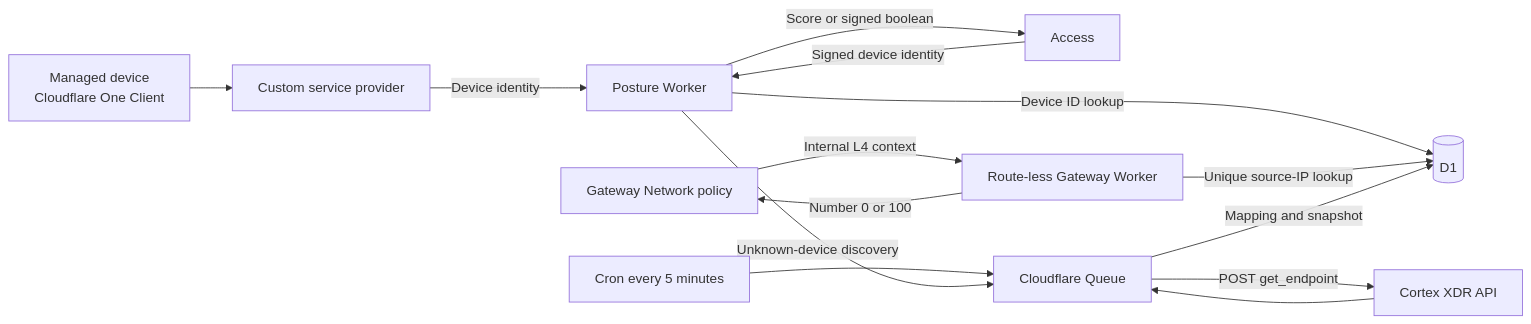
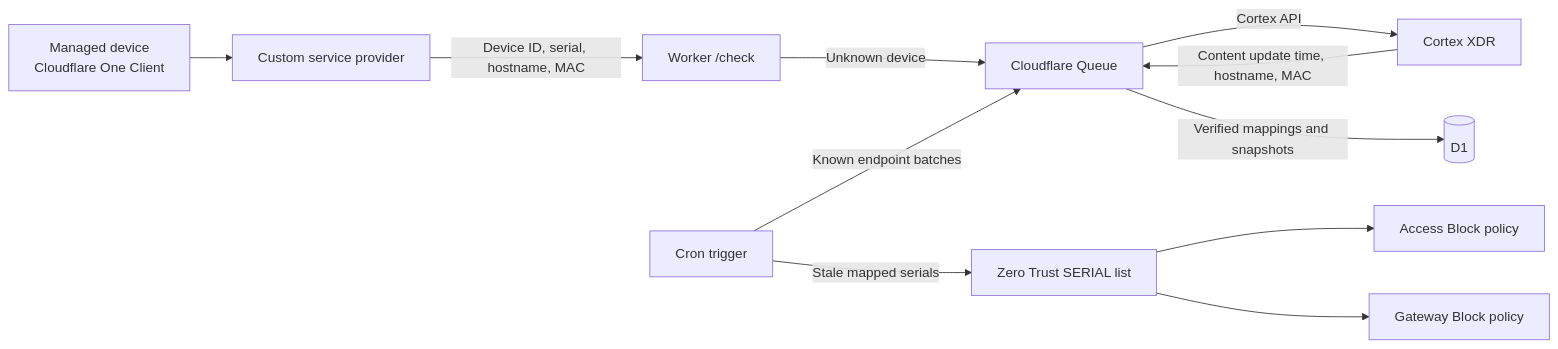
Before and after one commit to pongpisit/cloudflare-cortex-posture-worker: the diagram in README.md, drawn with Mermaid. The commit also changed other lines of this file and 24 other files, not shown here.

Commit message:
Replace posture adapters with serial denylist

````diff
--- a/README.md
+++ b/README.md
@@ -18,16 +32,13 @@
 ```mermaid
 flowchart LR
-  D[Managed device<br/>Cloudflare One Client] --> CF[Custom service provider]
-  CF -->|Device identity| W[Posture Worker]
-  A[Access] -->|Signed device identity| W
-  G[Gateway Network policy] -->|Internal L4 context| GW[Route-less Gateway Worker]
-  W -->|Device ID lookup| DB[(D1)]
-  GW -->|Unique source-IP lookup| DB
-  W -->|Score or signed boolean| A
-  GW -->|Number 0 or 100| G
-  CRON[Cron every 5 minutes] --> Q[Cloudflare Queue]
-  W -->|Unknown-device discovery| Q
-  Q -->|POST get_endpoint| X[Cortex XDR API]
-  X --> Q
-  Q -->|Mapping and snapshot| DB
+  D[Managed device<br/>Cloudflare One Client] --> CP[Custom service provider]
+  CP -->|Device ID, serial, hostname, MAC| W[Worker /check]
+  W -->|Unknown device| Q[Cloudflare Queue]
+  C[Cron trigger] -->|Known endpoint batches| Q
+  Q -->|Cortex API| X[Cortex XDR]
+  X -->|Content update time, hostname, MAC| Q
+  Q -->|Verified mappings and snapshots| DB[(D1)]
+  C -->|Stale mapped serials| L[Zero Trust SERIAL list]
+  L --> A[Access Block policy]
+  L --> G[Gateway Block policy]
 ```
````
